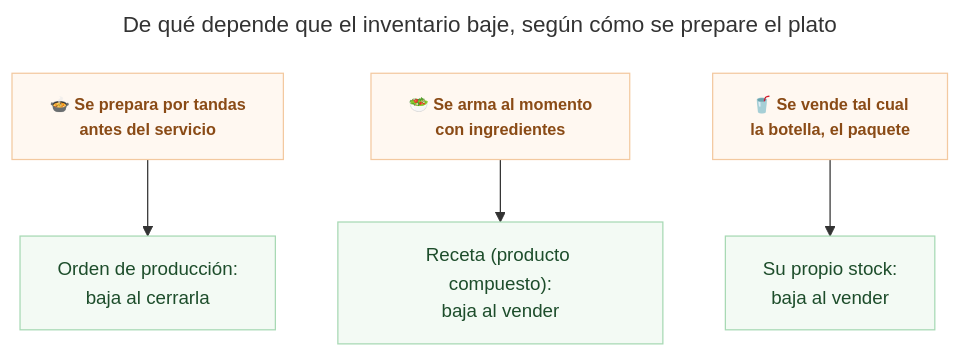
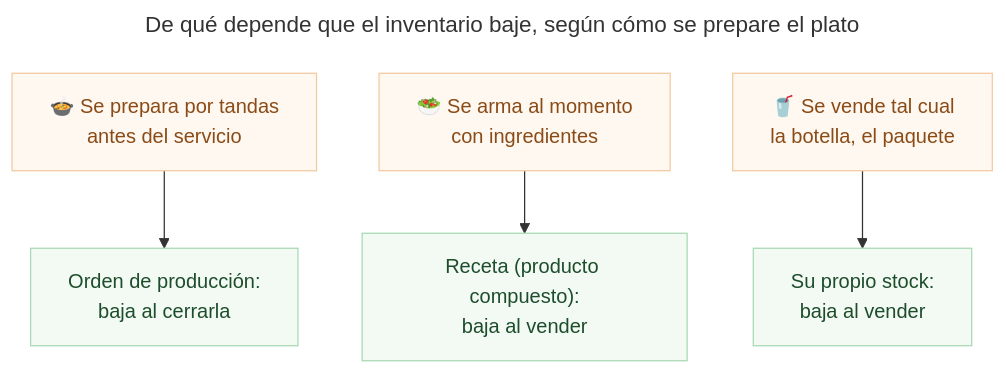
One commit to sotobotero/sotobotero-projects-docs changed the fourth of 4 diagrams in ada/qa/guia-restaurante.md. Above: the diagram before and after it, drawn with Mermaid. The commit also changed other lines of this file and 6 other files, not shown here.

````diff
--- a/ada/qa/guia-restaurante.md
+++ b/ada/qa/guia-restaurante.md
@@ -120,22 +120,22 @@
 ```mermaid
 ---
 title: De qué depende que el inventario baje, según cómo se prepare el plato
 ---
 flowchart TB
     T1["🍲 Se prepara por tandas<br/>antes del servicio"]:::prep
     T2["🥗 Se arma al momento<br/>con ingredientes"]:::prep
     T3["🥤 Se vende tal cual<br/>la botella, el paquete"]:::prep
     R1["Orden de producción:<br/>baja al cerrarla"]:::camino
     R2["Receta (producto compuesto):<br/>baja al vender"]:::camino
     R3["Su propio stock:<br/>baja al vender"]:::camino
 
     T1 --> R1
     T2 --> R2
     T3 --> R3
 
-    classDef prep fill:#fff8f1,stroke:#f3c9a0,stroke-width:1px,color:#8a4b16,font-size:13px,font-weight:600
-    classDef camino fill:#f3faf4,stroke:#a7d9b4,stroke-width:1px,color:#1d4d2b,font-size:15px
+    classDef prep fill:#fff8f1,stroke:#f3c9a0,stroke-width:1px,color:#8a4b16
+    classDef camino fill:#f3faf4,stroke:#a7d9b4,stroke-width:1px,color:#1d4d2b
 
     click R1 "../RECIPES_AND_PRODUCTION.md" "Cómo se arma por tandas"
     click R2 "../RECIPES_AND_PRODUCTION.md" "Cómo se arma la receta"
 ```
````
